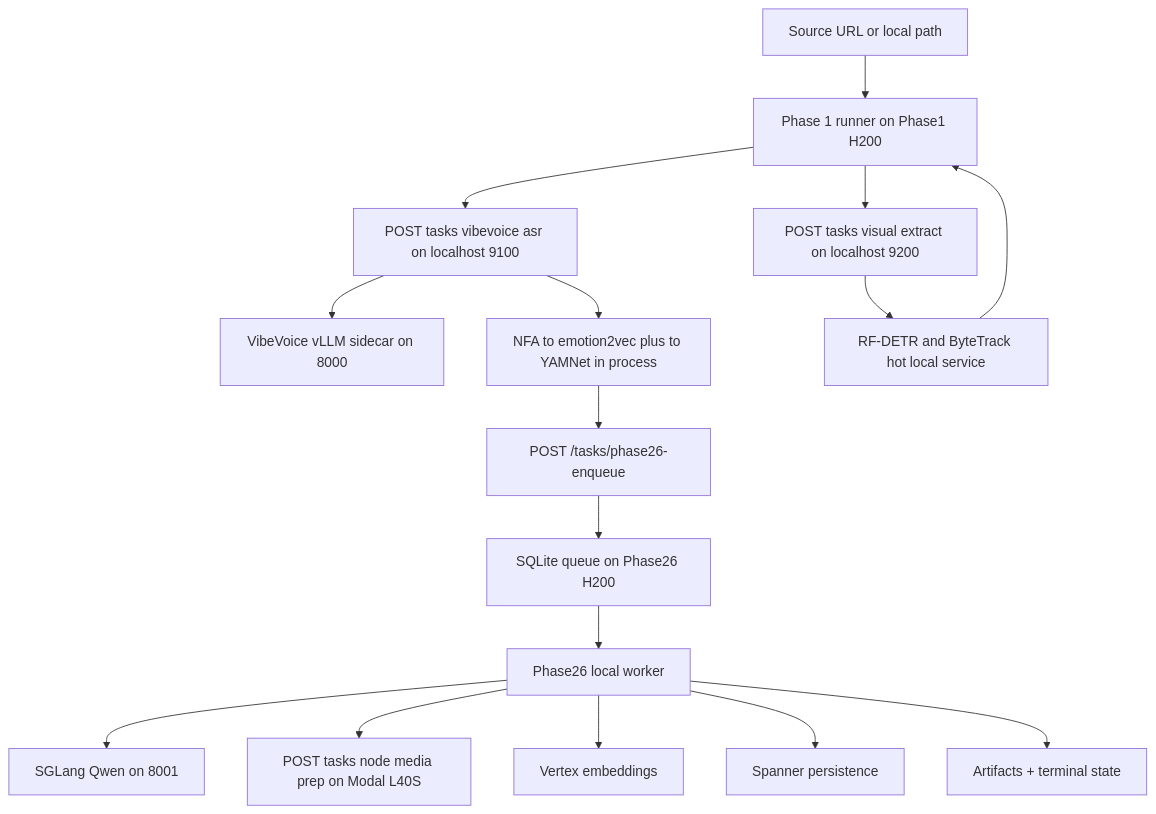
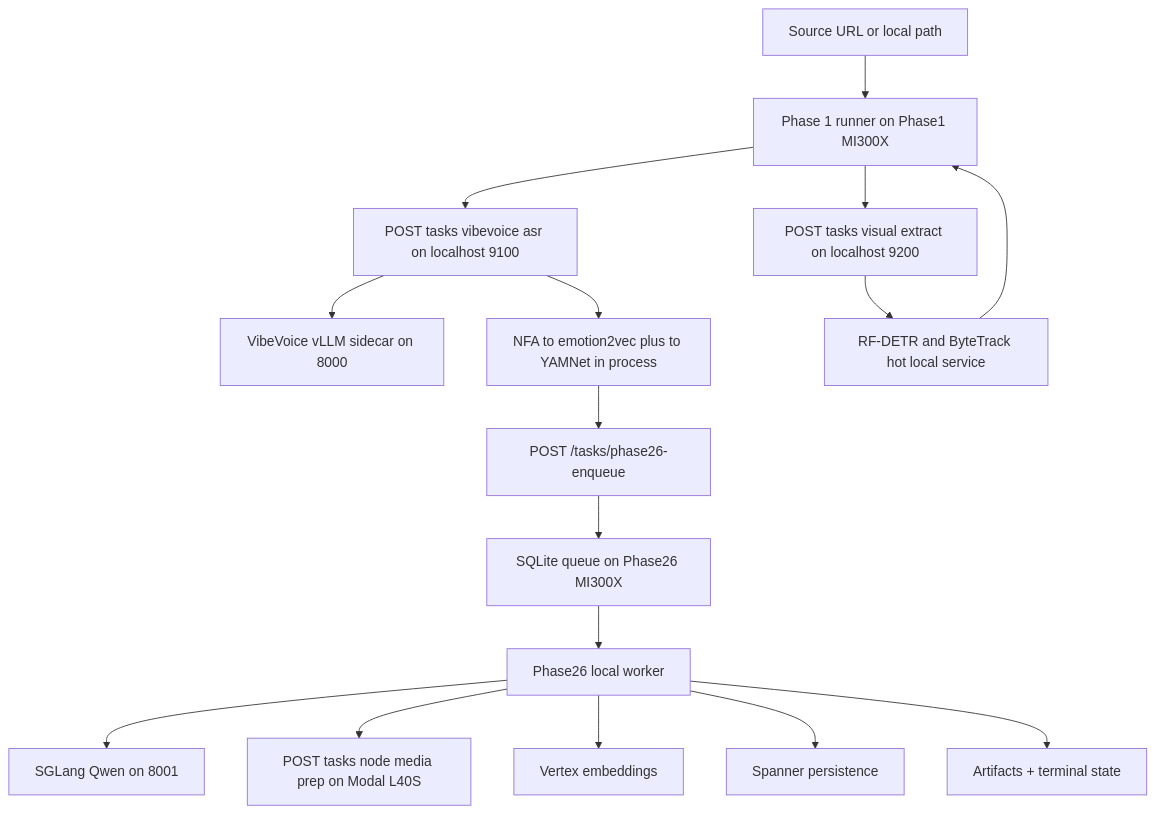
Before and after one commit to ClyptAI/Clypt-Backend: the diagram in docs/ARCHITECTURE.md, drawn with Mermaid. The commit also changed other lines of this file and 53 other files, not shown here.

````diff
--- a/docs/ARCHITECTURE.md
+++ b/docs/ARCHITECTURE.md
@@ -10,30 +10,30 @@
 ```mermaid
 flowchart TD
   source["Source URL or local path"]
-  p1["Phase 1 runner on Phase1 H200"]
+  p1["Phase 1 runner on Phase1 MI300X"]
   vvsvc["POST tasks vibevoice asr on localhost 9100"]
   vvllm["VibeVoice vLLM sidecar on 8000"]
   audpost["NFA to emotion2vec plus to YAMNet in process"]
   visvc["POST tasks visual extract on localhost 9200"]
   visual["RF-DETR and ByteTrack hot local service"]
   dispatch["POST /tasks/phase26-enqueue"]
-  q["SQLite queue on Phase26 H200"]
+  q["SQLite queue on Phase26 MI300X"]
   worker["Phase26 local worker"]
   llm["SGLang Qwen on 8001"]
   modal["POST tasks node media prep on Modal L40S"]
   emb["Vertex embeddings"]
   sp["Spanner persistence"]
   out["Artifacts + terminal state"]
 
   source --> p1
   p1 --> vvsvc --> vvllm
   vvsvc --> audpost
   p1 --> visvc --> visual
   audpost --> dispatch --> q --> worker
   worker --> llm
   worker --> modal
   worker --> emb
   worker --> sp
   worker --> out
   visual --> p1
 ```
````
